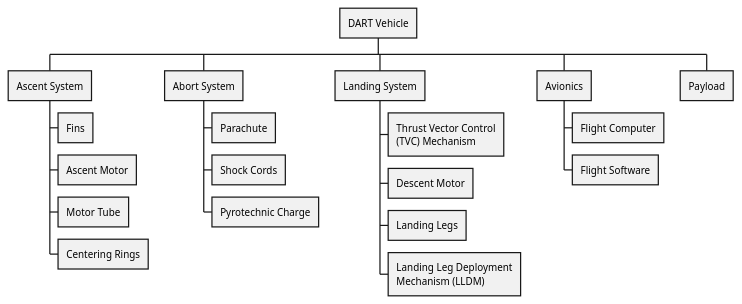
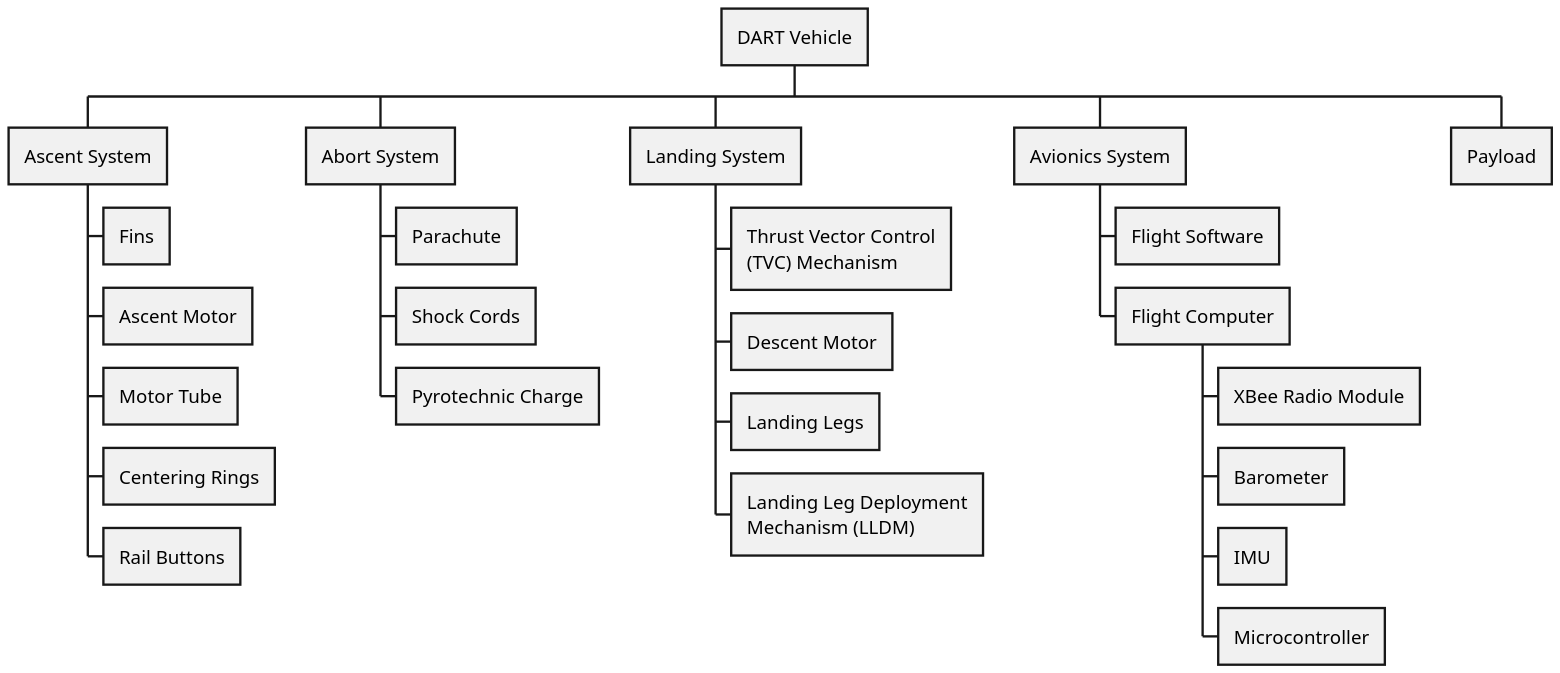
Before and after one commit to Laagaard/Rocket_Lander: the diagram in diagrams/source/system_hierarchy.wsd, drawn with PlantUML. The commit also changed 1 other file, not shown here.

Commit message:
Update system hierarchy w/ FC HW breakdown

```diff
--- a/diagrams/source/system_hierarchy.wsd
+++ b/diagrams/source/system_hierarchy.wsd
@@ -1,28 +1,35 @@
 @startwbs system_hierarchy
+scale 1920*1080
+
 * DART Vehicle
 
 ** Ascent System
 *** Fins
 *** Ascent Motor
 *** Motor Tube
 *** Centering Rings
+*** Rail Buttons
 
 ** Abort System
 *** Parachute
 *** Shock Cords
 *** Pyrotechnic Charge
 
 ** Landing System
 ***:Thrust Vector Control
 (TVC) Mechanism;
 *** Descent Motor
 *** Landing Legs
 ***:Landing Leg Deployment
 Mechanism (LLDM);
 
-** Avionics
+** Avionics System
+*** Flight Software
 *** Flight Computer
-*** Flight Software
+**** XBee Radio Module
+**** Barometer
+**** IMU
+**** Microcontroller
 
 ** Payload
 @endwbs
```
